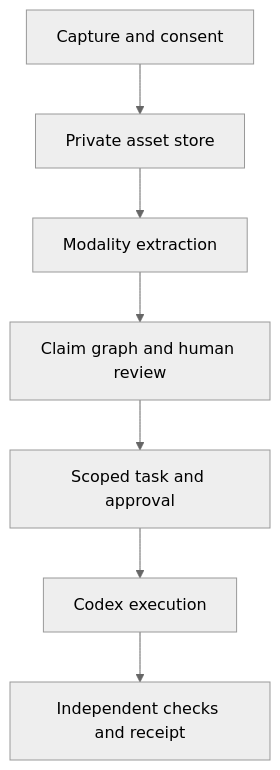
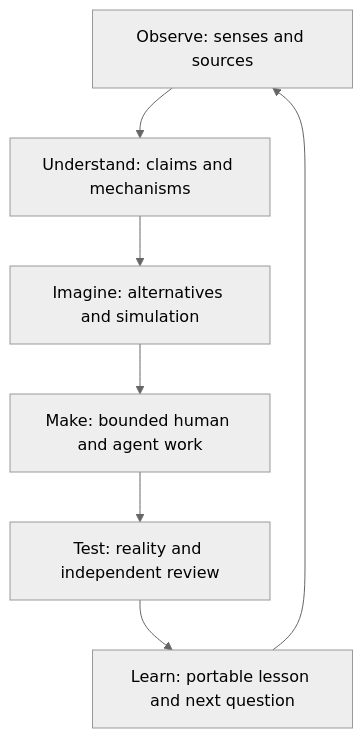
The diagram in docs/strategy/2026-09-27-openai-multimodal-proof-spec.md (frankxai/Starlight-Intelligence-System), drawn with Mermaid (neutral theme) before and after one commit. The commit also changed other lines of this file, not shown here.

````diff
--- a/docs/strategy/2026-09-27-openai-multimodal-proof-spec.md
+++ b/docs/strategy/2026-09-27-openai-multimodal-proof-spec.md
@@ -69,9 +11,9 @@
 ```mermaid
 flowchart TD
-    A["Capture and consent"] --> B["Private asset store"]
-    B --> C["Modality extraction"]
-    C --> D["Claim graph and human review"]
-    D --> E["Scoped task and approval"]
-    E --> F["Codex execution"]
-    F --> G["Independent checks and receipt"]
+    A["Observe: senses and sources"] --> B["Understand: claims and mechanisms"]
+    B --> C["Imagine: alternatives and simulation"]
+    C --> D["Make: bounded human and agent work"]
+    D --> E["Test: reality and independent review"]
+    E --> F["Learn: portable lesson and next question"]
+    F --> A
 ```
````
